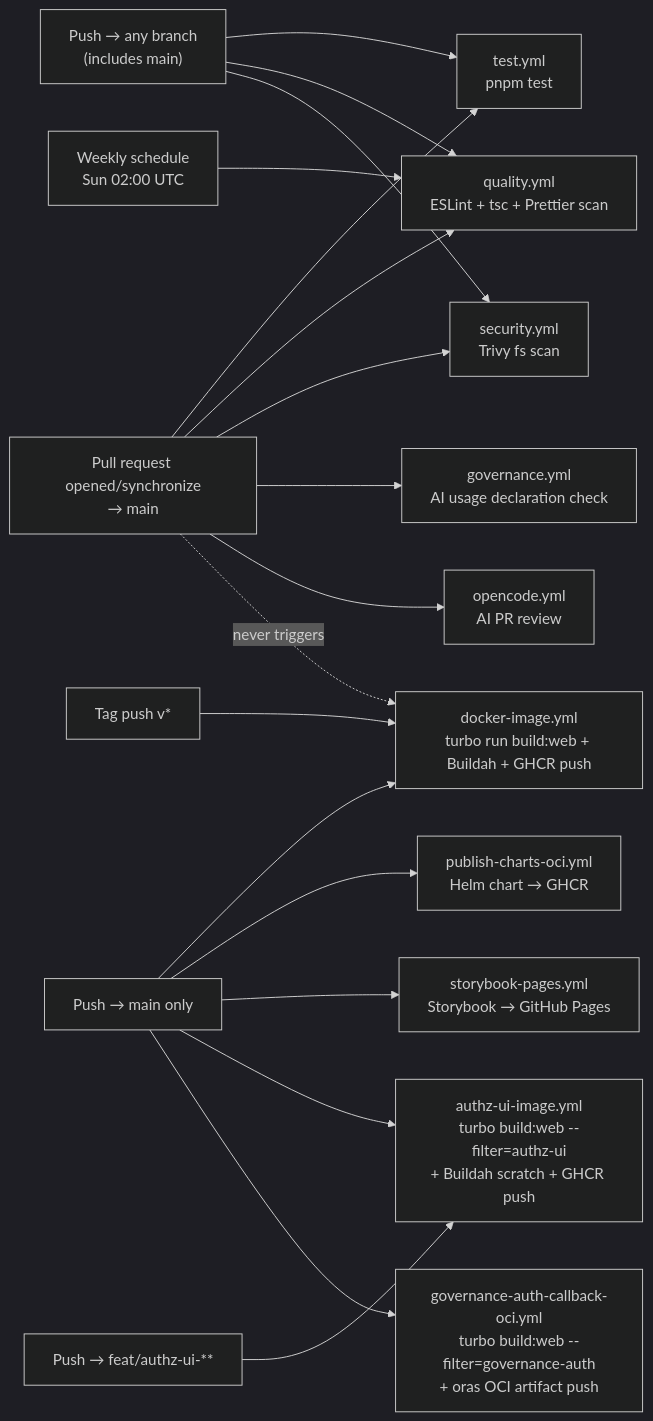
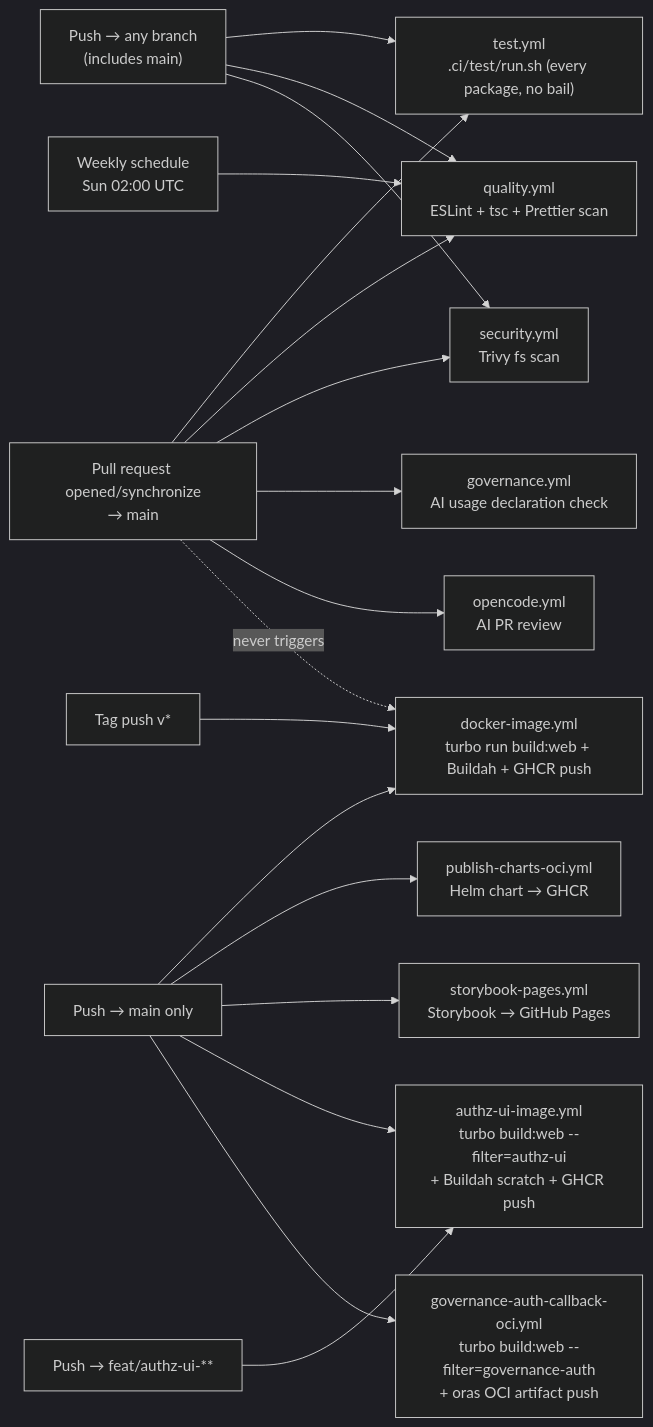
Before and after one commit to ADORSYS-GIS/converse-frontends: the first of 5 diagrams in docs/knowledge/ci-cd.md, drawn with Mermaid (dark theme). The commit also changed other lines of this file and 16 other files, not shown here.

````diff
--- a/docs/knowledge/ci-cd.md
+++ b/docs/knowledge/ci-cd.md
@@ -74,42 +74,42 @@
 ```mermaid
 flowchart LR
     PR["Pull request opened/synchronize<br/>→ main"]
     PUSHBRANCH["Push → any branch<br/>(includes main)"]
     PUSHMAIN["Push → main only"]
     TAG["Tag push v*"]
     SCHED["Weekly schedule<br/>Sun 02:00 UTC"]
 
-    TEST["test.yml<br/>pnpm test"]
+    TEST["test.yml<br/>.ci/test/run.sh (every package, no bail)"]
     QUALITY["quality.yml<br/>ESLint + tsc + Prettier scan"]
     SECURITY["security.yml<br/>Trivy fs scan"]
     GOV["governance.yml<br/>AI usage declaration check"]
     OC["opencode.yml<br/>AI PR review"]
     DOCKER["docker-image.yml<br/>turbo run build:web + Buildah + GHCR push"]
     CHARTS["publish-charts-oci.yml<br/>Helm chart → GHCR"]
     PAGES["storybook-pages.yml<br/>Storybook → GitHub Pages"]
 
     PR --> TEST
     PR --> QUALITY
     PR --> SECURITY
     PR --> GOV
     PR --> OC
     PR -. never triggers .-> DOCKER
 
     PUSHBRANCH --> TEST
     PUSHBRANCH --> QUALITY
     PUSHBRANCH --> SECURITY
 
     PUSHMAIN --> DOCKER
     PUSHMAIN --> CHARTS
     PUSHMAIN --> PAGES
 
     TAG --> DOCKER
     SCHED --> QUALITY
 
     PUSHFEAT["Push → feat/authz-ui-**"]
     AUTHZUI["authz-ui-image.yml<br/>turbo build:web --filter=authz-ui<br/>+ Buildah scratch + GHCR push"]
     GOVAUTH["governance-auth-callback-oci.yml<br/>turbo build:web --filter=governance-auth<br/>+ oras OCI artifact push"]
     PUSHMAIN --> AUTHZUI
     PUSHFEAT --> AUTHZUI
     PUSHMAIN --> GOVAUTH
 ```
````
